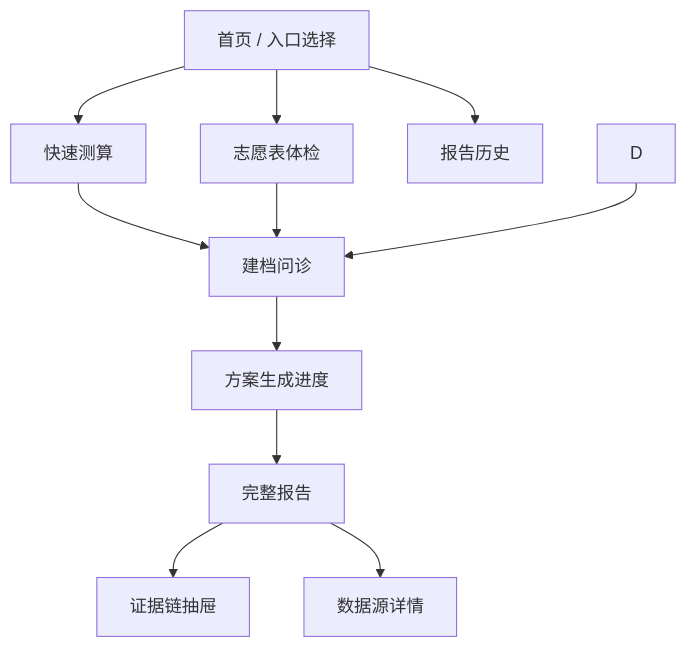
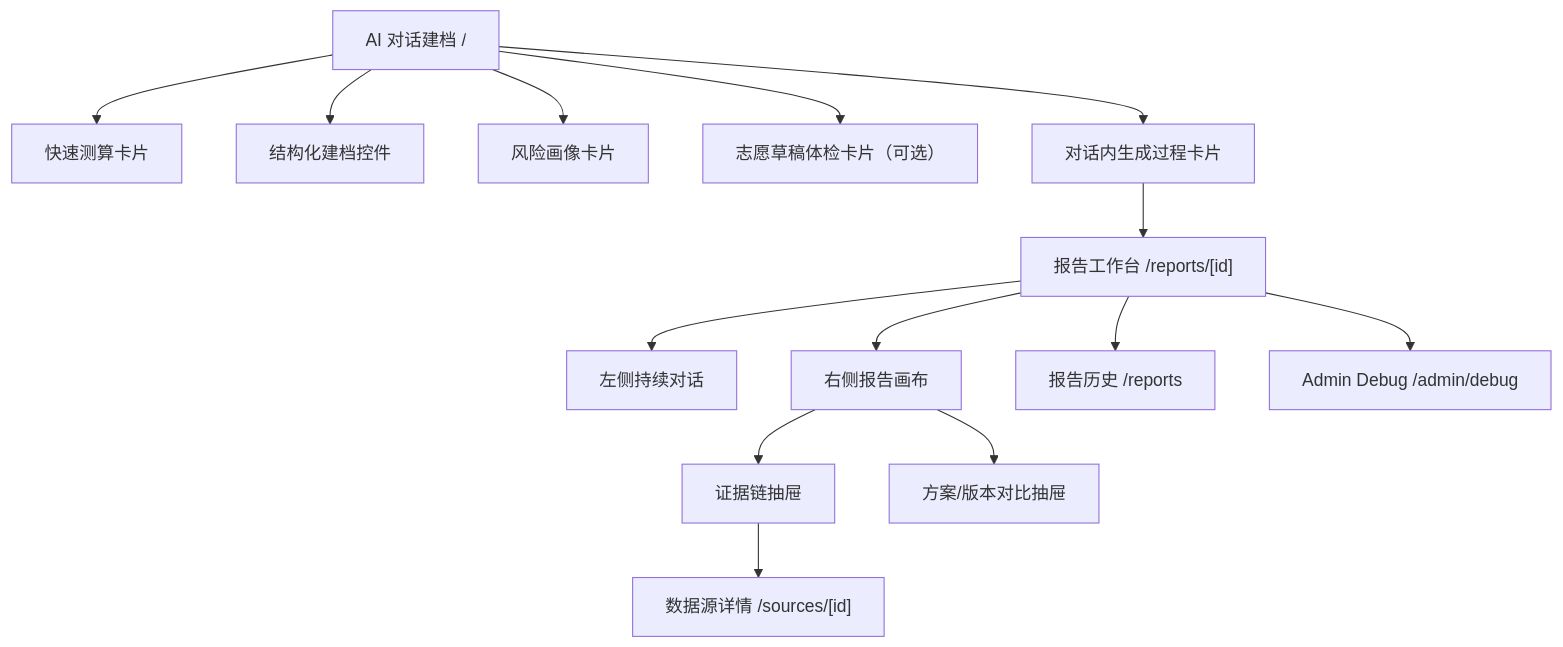
One commit to debugzhao/jin-guide changed the first of 6 diagrams in docs/frontend-prd-v2.md. Above: the diagram before and after it, drawn with Mermaid. The commit also changed other lines of this file and 2 other files, not shown here.

````diff
--- a/docs/frontend-prd-v2.md
+++ b/docs/frontend-prd-v2.md
@@ -179,13 +179,16 @@
 ```mermaid
 flowchart TD
-  A["首页 / 入口选择"] --> B["快速测算"]
-  A --> C["志愿表体检"]
-  A --> H["报告历史"]
-  B --> E["建档问诊"]
-  C --> E
-  D --> E
-  E --> F["方案生成进度"]
-  F --> G["完整报告"]
-  G --> G1["证据链抽屉"]
-  G --> G5["数据源详情"]
+  A["AI 对话建档 /"] --> A1["快速测算卡片"]
+  A --> A2["结构化建档控件"]
+  A --> A3["风险画像卡片"]
+  A --> A4["志愿草稿体检卡片（可选）"]
+  A --> A5["对话内生成过程卡片"]
+  A5 --> B["报告工作台 /reports/[id]"]
+  B --> B1["左侧持续对话"]
+  B --> B2["右侧报告画布"]
+  B2 --> B3["证据链抽屉"]
+  B2 --> B4["方案/版本对比抽屉"]
+  B3 --> C["数据源详情 /sources/[id]"]
+  B --> D["报告历史 /reports"]
+  B --> E["Admin Debug /admin/debug"]
 ```
````
